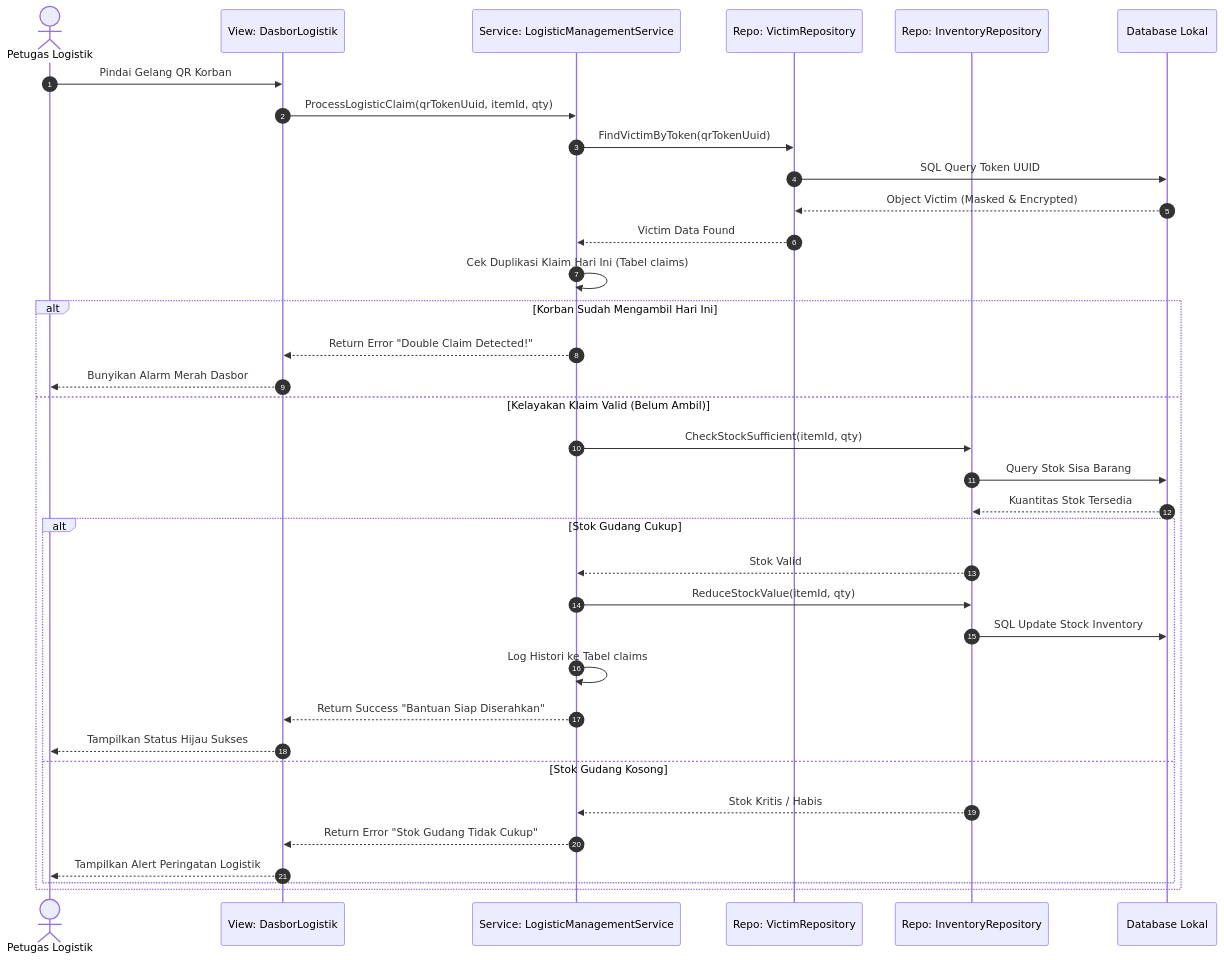
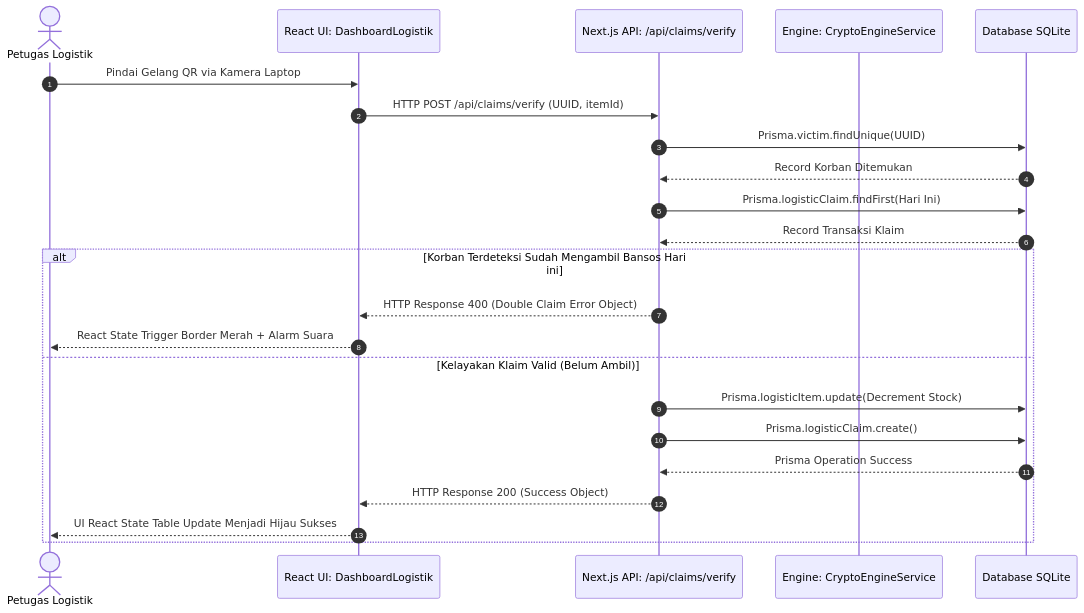
The sixth of 8 diagrams in README.md (Mubax5/FITComp), drawn with Mermaid before and after one commit. The commit also changed other lines of this file, not shown here.

````diff
--- a/README.md
+++ b/README.md
@@ -817,39 +939,27 @@
 ```mermaid
 sequenceDiagram
     autonumber
     actor L as Petugas Logistik
-    participant V as View: DasborLogistik
-    participant S as Service: LogisticManagementService
-    participant R as Repo: VictimRepository
-    participant I as Repo: InventoryRepository
-    participant DB as Database Lokal
+    participant V as React UI: DashboardLogistik
+    participant S as Next.js API: /api/claims/verify
+    participant R as Engine: CryptoEngineService
+    participant DB as Database SQLite
 
-    L->>V: Pindai Gelang QR Korban
-    V->>S: ProcessLogisticClaim(qrTokenUuid, itemId, qty)
-    S->>R: FindVictimByToken(qrTokenUuid)
-    R->>DB: SQL Query Token UUID
-    DB-->>R: Object Victim (Masked & Encrypted)
-    R-->>S: Victim Data Found
-    S->>S: Cek Duplikasi Klaim Hari Ini (Tabel claims)
-    alt Korban Sudah Mengambil Hari Ini
-        S-->>V: Return Error "Double Claim Detected!"
-        V-->>L: Bunyikan Alarm Merah Dasbor
+    L->>V: Pindai Gelang QR via Kamera Laptop
+    V->>S: HTTP POST /api/claims/verify (UUID, itemId)
+    S->>DB: Prisma.victim.findUnique(UUID)
+    DB-->>S: Record Korban Ditemukan
+    S->>DB: Prisma.logisticClaim.findFirst(Hari Ini)
+    DB-->>S: Record Transaksi Klaim
+    alt Korban Terdeteksi Sudah Mengambil Bansos Hari ini
+        S-->>V: HTTP Response 400 (Double Claim Error Object)
+        V-->>L: React State Trigger Border Merah + Alarm Suara
     else Kelayakan Klaim Valid (Belum Ambil)
-        S->>I: CheckStockSufficient(itemId, qty)
-        I->>DB: Query Stok Sisa Barang
-        DB-->>I: Kuantitas Stok Tersedia
-        alt Stok Gudang Cukup
-            I-->>S: Stok Valid
-            S->>I: ReduceStockValue(itemId, qty)
-            I->>DB: SQL Update Stock Inventory
-            S->>S: Log Histori ke Tabel claims
-            S-->>V: Return Success "Bantuan Siap Diserahkan"
-            V-->>L: Tampilkan Status Hijau Sukses
-        else Stok Gudang Kosong
-            I-->>S: Stok Kritis / Habis
-            S-->>V: Return Error "Stok Gudang Tidak Cukup"
-            V-->>L: Tampilkan Alert Peringatan Logistik
-        end
+        S->>DB: Prisma.logisticItem.update(Decrement Stock)
+        S->>DB: Prisma.logisticClaim.create()
+        DB-->>S: Prisma Operation Success
+        S-->>V: HTTP Response 200 (Success Object)
+        V-->>L: UI React State Table Update Menjadi Hijau Sukses
     end
 
 ```
````
